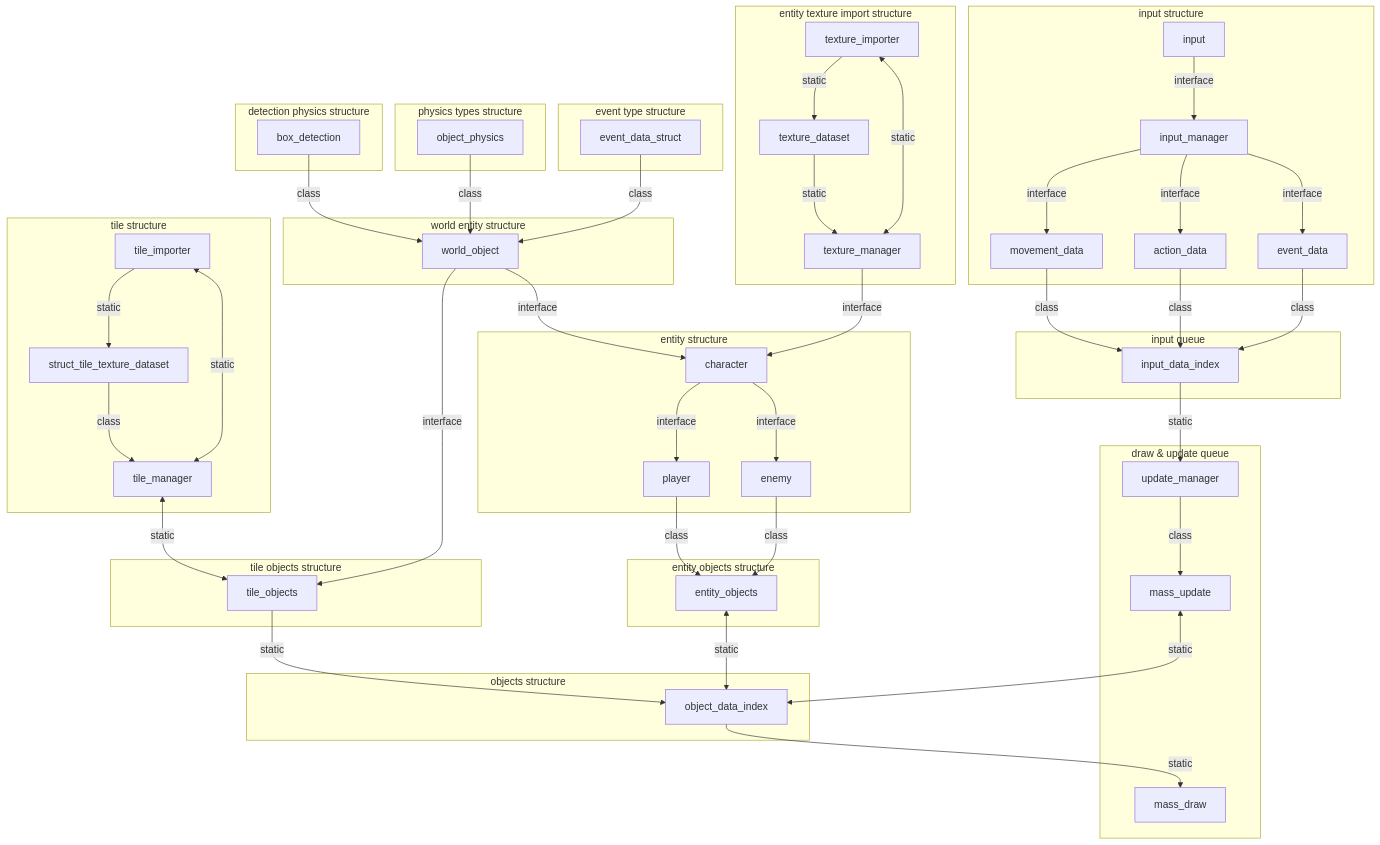
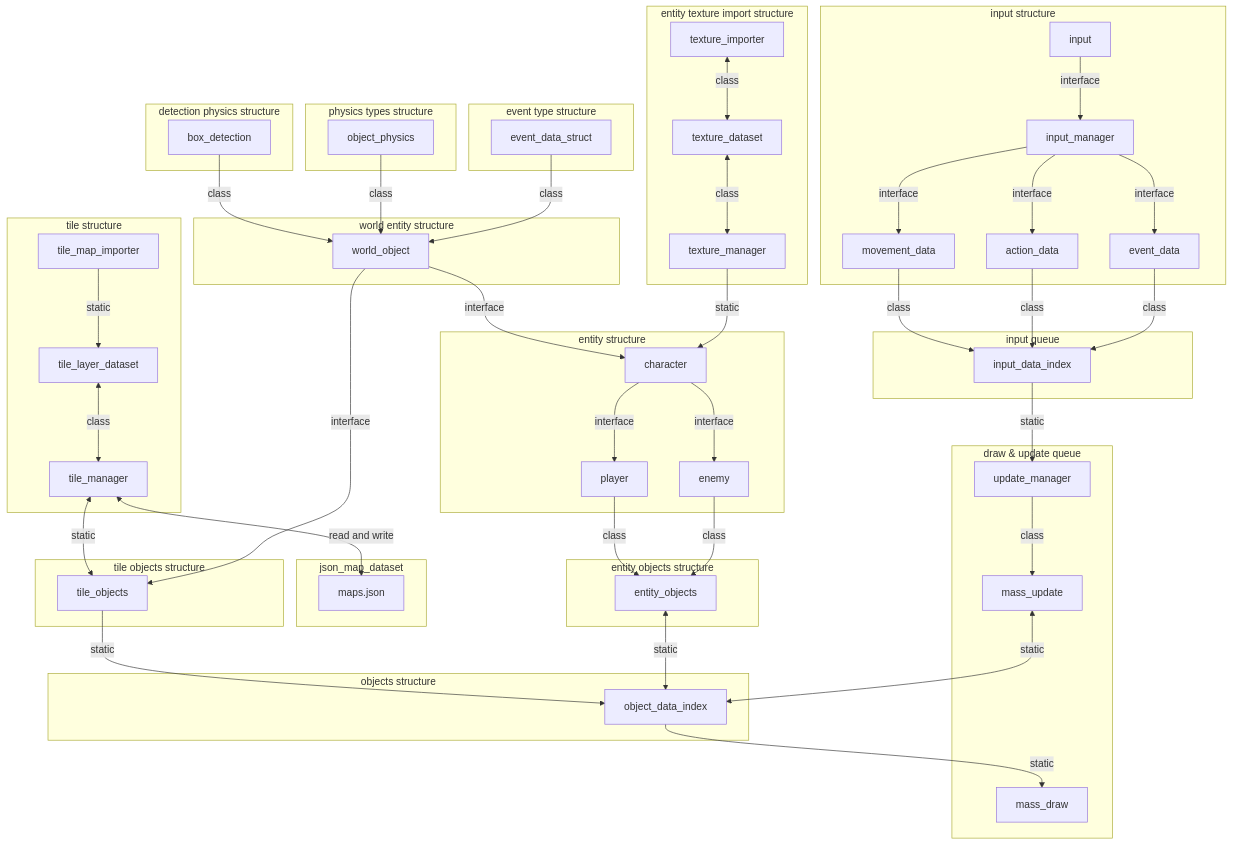
The diagram in pt9/info/plan.md (UNITY21047/2020-09-08_Advanced_Game_Design_Study), drawn with Mermaid before and after one commit. The commit also changed 29 other files, not shown here.

```diff
--- a/pt9/info/plan.md
+++ b/pt9/info/plan.md
@@ -50,22 +50,25 @@
     end
     
     subgraph tile structure
-    tile_importer
+    tile_map_importer
     tile_manager
-    struct_tile_texture_dataset
-    tile_manager <-->|static| tile_importer
-    tile_importer -->|static| struct_tile_texture_dataset
-    struct_tile_texture_dataset -->|class| tile_manager
+    tile_layer_dataset
+    tile_map_importer -->|static| tile_layer_dataset
+    tile_layer_dataset <-->|class| tile_manager
+    end
+
+    subgraph json_map_dataset
+    maps.json
+    tile_manager <-->|read and write| maps.json
     end
 
     subgraph entity texture import structure
     texture_importer
     texture_manager
     texture_dataset
-    texture_manager <-->|static| texture_importer
-    texture_importer -->|static| texture_dataset
-    texture_dataset -->|static| texture_manager
-    texture_manager -->|interface| character
+    texture_importer <-->|class| texture_dataset
+    texture_dataset <-->|class| texture_manager
+    texture_manager -->|static| character
     end
 
     subgraph tile objects structure
```
